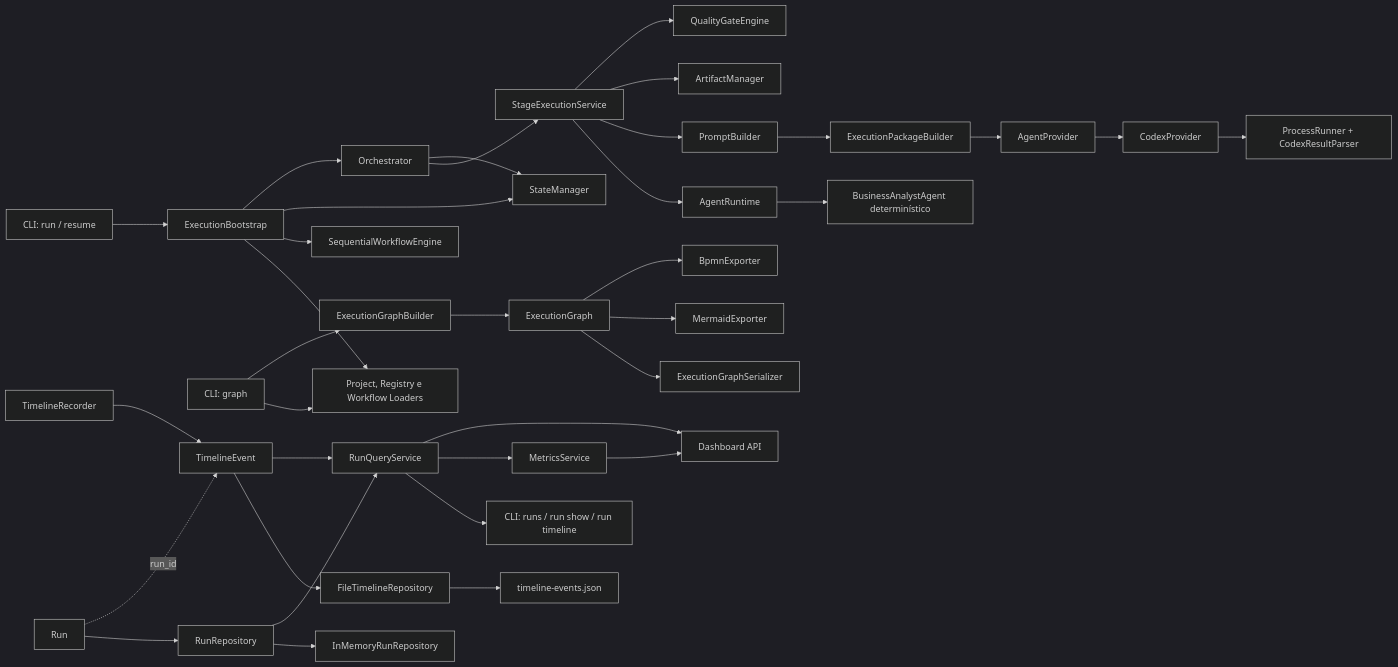
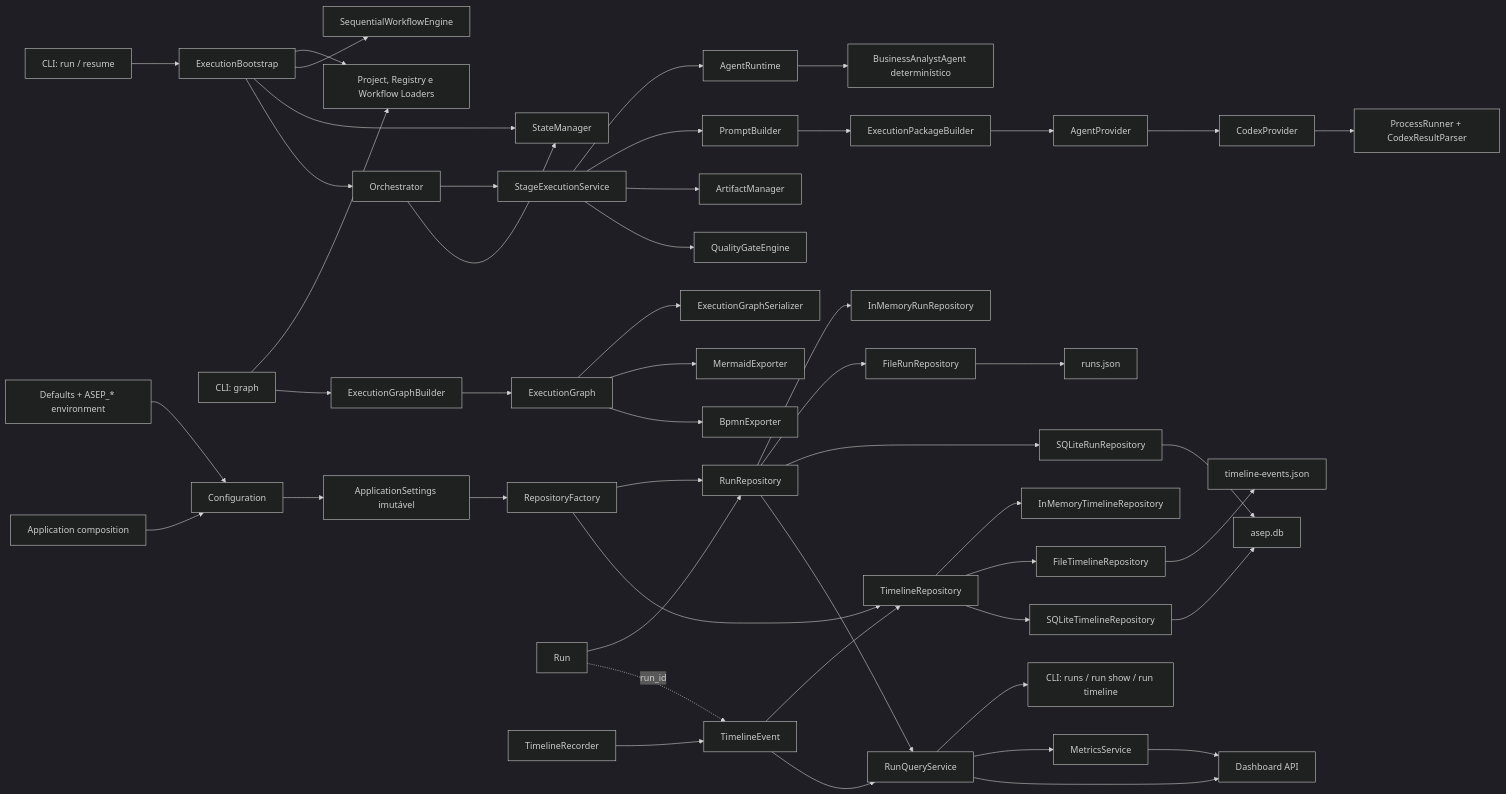
The first of 2 diagrams in docs/architecture/ASEP-Architecture-v1.md (paul-92/fabrica-de-software), drawn with Mermaid (dark theme) before and after one commit. The commit also changed other lines of this file and 47 other files, not shown here.

Commit message:
feat: add SQLite repository backend and architectural documentation

````diff
--- a/docs/architecture/ASEP-Architecture-v1.md
+++ b/docs/architecture/ASEP-Architecture-v1.md
@@ -36,38 +36,52 @@
 ```mermaid
 flowchart LR
     CLI["CLI: run / resume"] --> BOOT["ExecutionBootstrap"]
     BOOT --> LOADERS["Project, Registry e Workflow Loaders"]
     BOOT --> ENGINE["SequentialWorkflowEngine"]
     BOOT --> STATE["StateManager"]
     BOOT --> ORCH["Orchestrator"]
     ORCH --> STAGE["StageExecutionService"]
     STAGE --> RUNTIME["AgentRuntime"]
     RUNTIME --> BA["BusinessAnalystAgent determinístico"]
     STAGE --> PROMPT["PromptBuilder"]
     PROMPT --> PACKAGE["ExecutionPackageBuilder"]
     PACKAGE --> PORT["AgentProvider"]
     PORT --> CODEX["CodexProvider"]
     CODEX --> PROCESS["ProcessRunner + CodexResultParser"]
     STAGE --> ARTIFACT["ArtifactManager"]
     STAGE --> GATE["QualityGateEngine"]
     ORCH --> STATE
 
     GRAPHCLI["CLI: graph"] --> LOADERS
     GRAPHCLI --> GB["ExecutionGraphBuilder"]
     GB --> GRAPH["ExecutionGraph"]
     GRAPH --> JSON["ExecutionGraphSerializer"]
     GRAPH --> MERMAID["MermaidExporter"]
     GRAPH --> BPMN["BpmnExporter"]
-    RUNMODEL["Run"] --> RUNREPO["RunRepository"]
+    ENV["Defaults + ASEP_* environment"] --> CONFIG["Configuration"]
+    CONFIG --> SETTINGS["ApplicationSettings imutável"]
+    APPLICATION["Application composition"] --> CONFIG
+    SETTINGS --> REPOFACTORY["RepositoryFactory"]
+    REPOFACTORY --> RUNREPO["RunRepository"]
+    REPOFACTORY --> TIMELINEREPO["TimelineRepository"]
+    RUNMODEL["Run"] --> RUNREPO
     RUNREPO --> MEMORY["InMemoryRunRepository"]
+    RUNREPO --> FILERUN["FileRunRepository"]
+    RUNREPO --> SQLITERUN["SQLiteRunRepository"]
+    FILERUN --> RUNJSON["runs.json"]
     RUNMODEL -. run_id .-> TIMELINE["TimelineEvent"]
     RECORDER["TimelineRecorder"] --> TIMELINE
-    TIMELINE --> FILETIMELINE["FileTimelineRepository"]
+    TIMELINE --> TIMELINEREPO
+    TIMELINEREPO --> MEMORYTIMELINE["InMemoryTimelineRepository"]
+    TIMELINEREPO --> FILETIMELINE["FileTimelineRepository"]
+    TIMELINEREPO --> SQLITETIMELINE["SQLiteTimelineRepository"]
     FILETIMELINE --> TIMELINEJSON["timeline-events.json"]
+    SQLITERUN --> SQLITEDB["asep.db"]
+    SQLITETIMELINE --> SQLITEDB
     RUNREPO --> QUERY["RunQueryService"]
     TIMELINE --> QUERY
     QUERY --> HISTORY["CLI: runs / run show / run timeline"]
     QUERY --> METRICS["MetricsService"]
     QUERY --> DASHAPI["Dashboard API"]
     METRICS --> DASHAPI
 ```
````
